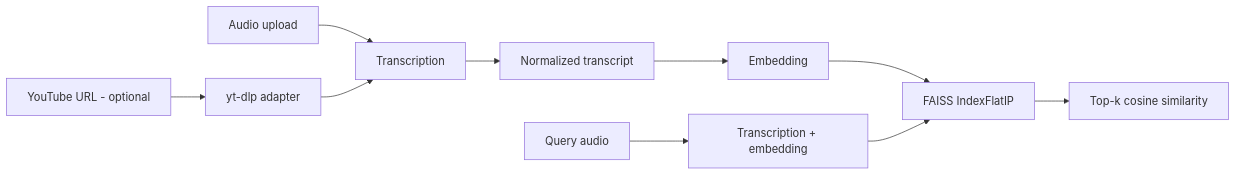
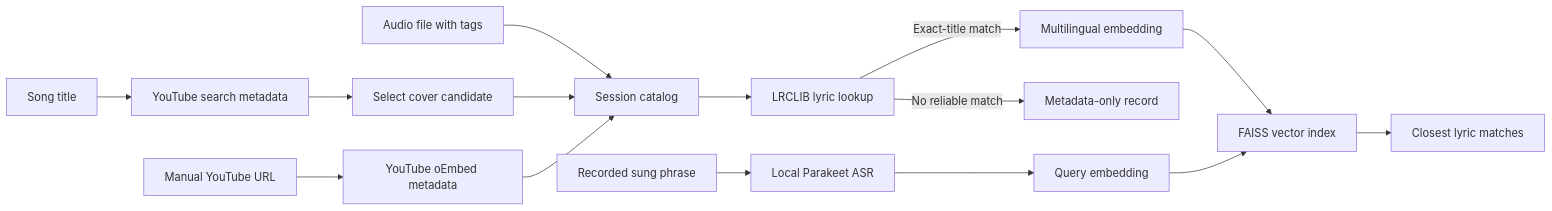
Before and after one commit to EMH01/semantic-cover-search: the diagram in README.md, drawn with Mermaid. The commit also changed other lines of this file, not shown here.

Commit message:
docs: describe session-only catalog, on-demand lyrics and no mandatory audio download

````diff
--- a/README.md
+++ b/README.md
@@ -22,12 +16,17 @@
 ```mermaid
 flowchart LR
-    A[Audio upload] --> C[Transcription]
-    B[YouTube URL - optional] --> X[yt-dlp adapter]
-    X --> C
-    C --> D[Normalized transcript]
-    D --> E[Embedding]
-    E --> F[FAISS IndexFlatIP]
-    Q[Query audio] --> QC[Transcription + embedding]
-    QC --> F
-    F --> R[Top-k cosine similarity]
+    A[Song title] --> Y[YouTube search metadata]
+    Y --> U[Select cover candidate]
+    B[Audio file with tags] --> C[Session catalog]
+    D[Manual YouTube URL] --> O[YouTube oEmbed metadata]
+    U --> C
+    O --> C
+    C --> L[LRCLIB lyric lookup]
+    L -->|Exact-title match| E[Multilingual embedding]
+    L -->|No reliable match| M[Metadata-only record]
+    E --> F[FAISS vector index]
+    Q[Recorded sung phrase] --> P[Local Parakeet ASR]
+    P --> QE[Query embedding]
+    QE --> F
+    F --> R[Closest lyric matches]
 ```
````
